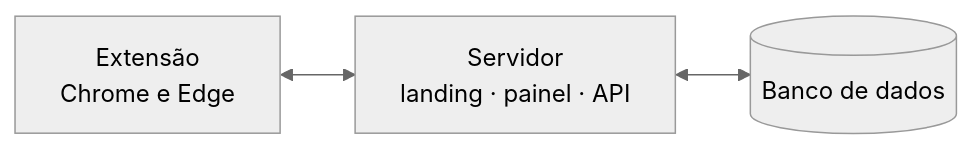
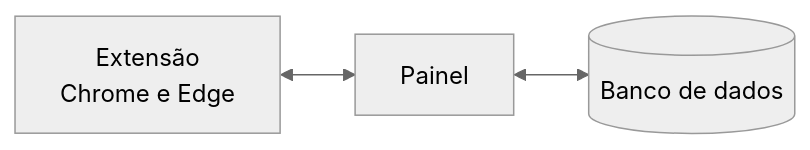
The second of 2 diagrams in README.md (GabrielVCB/Sentinela), drawn with Mermaid (neutral theme) before and after one commit. The commit also changed other lines of this file and 22 other files, not shown here.

````diff
--- a/README.md
+++ b/README.md
@@ -155,4 +155,4 @@
 ```mermaid
 flowchart LR
-    E["Extensão<br/>Chrome e Edge"] <--> F["Servidor<br/>landing · painel · API"] <--> P[("Banco de dados")]
+    E["Extensão<br/>Chrome e Edge"] <--> P["Painel"] <--> D[("Banco de dados")]
 ```
````
